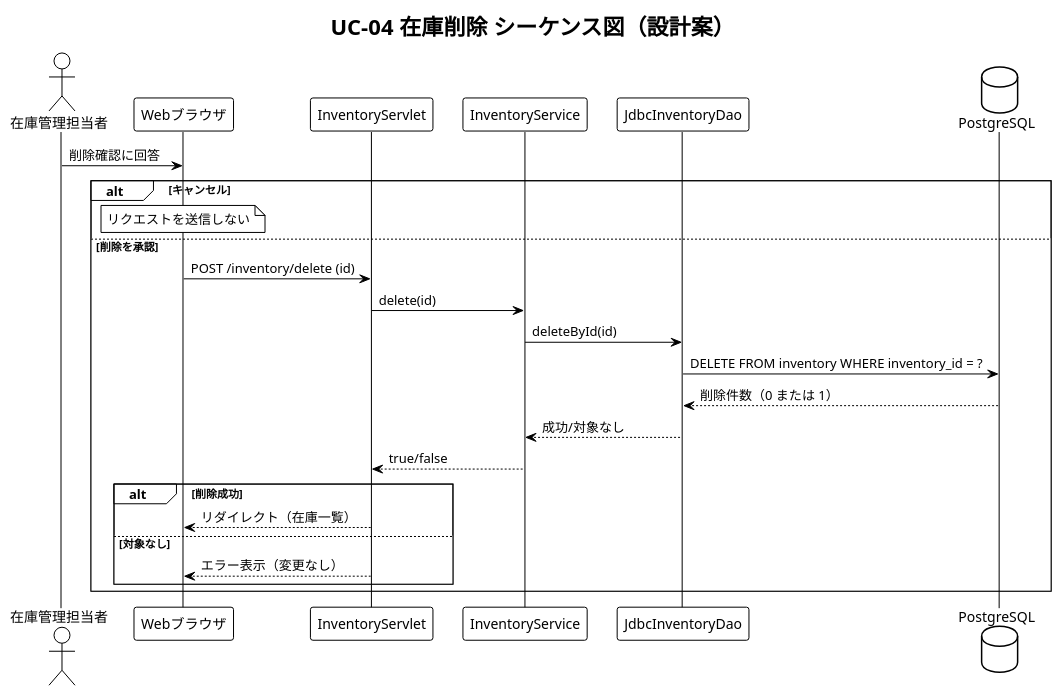
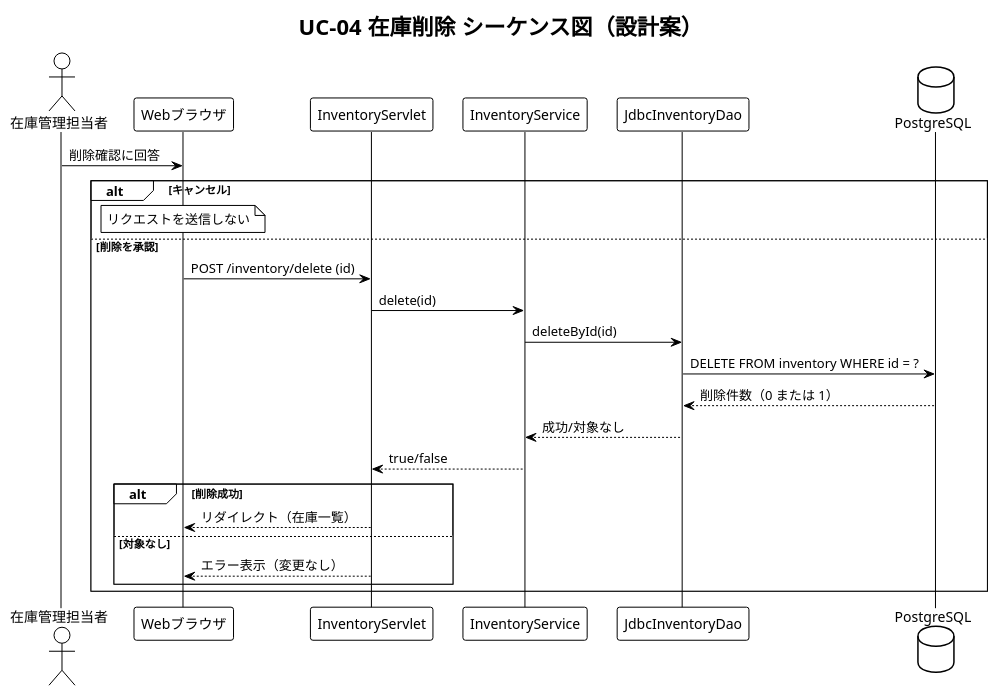
The diagram in docs/internal-design/diagrams/sequence-delete.puml (polyfortrain/inventory-app), drawn with PlantUML before and after one commit. The commit also changed 9 other files, not shown here.

```diff
--- a/docs/internal-design/diagrams/sequence-delete.puml
+++ b/docs/internal-design/diagrams/sequence-delete.puml
@@ -1,27 +1,27 @@
 @startuml
 !theme plain
 title UC-04 在庫削除 シーケンス図（設計案）
 actor "在庫管理担当者" as User
 participant "Webブラウザ" as Browser
 participant InventoryServlet as Servlet
 participant InventoryService as Service
 participant "JdbcInventoryDao" as Dao
 database PostgreSQL as DB
 User -> Browser: 削除確認に回答
 alt キャンセル
   note over Browser: リクエストを送信しない
 else 削除を承認
   Browser -> Servlet: POST /inventory/delete (id)
   Servlet -> Service: delete(id)
   Service -> Dao: deleteById(id)
-  Dao -> DB: DELETE FROM inventory WHERE inventory_id = ?
+  Dao -> DB: DELETE FROM inventory WHERE id = ?
   DB --> Dao: 削除件数（0 または 1）
   Dao --> Service: 成功/対象なし
   Service --> Servlet: true/false
   alt 削除成功
     Servlet --> Browser: リダイレクト（在庫一覧）
   else 対象なし
     Servlet --> Browser: エラー表示（変更なし）
   end
 end
 @enduml
```
